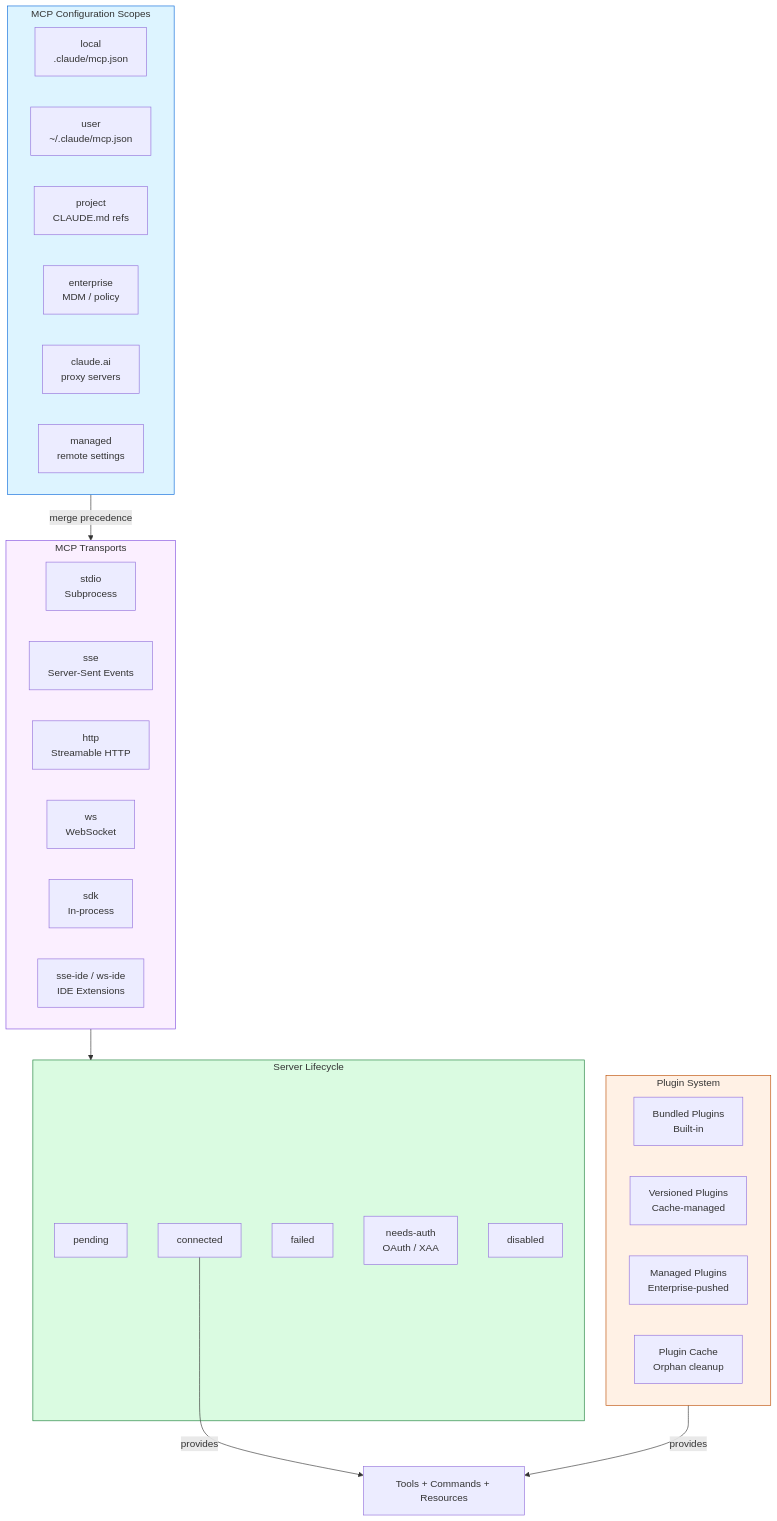
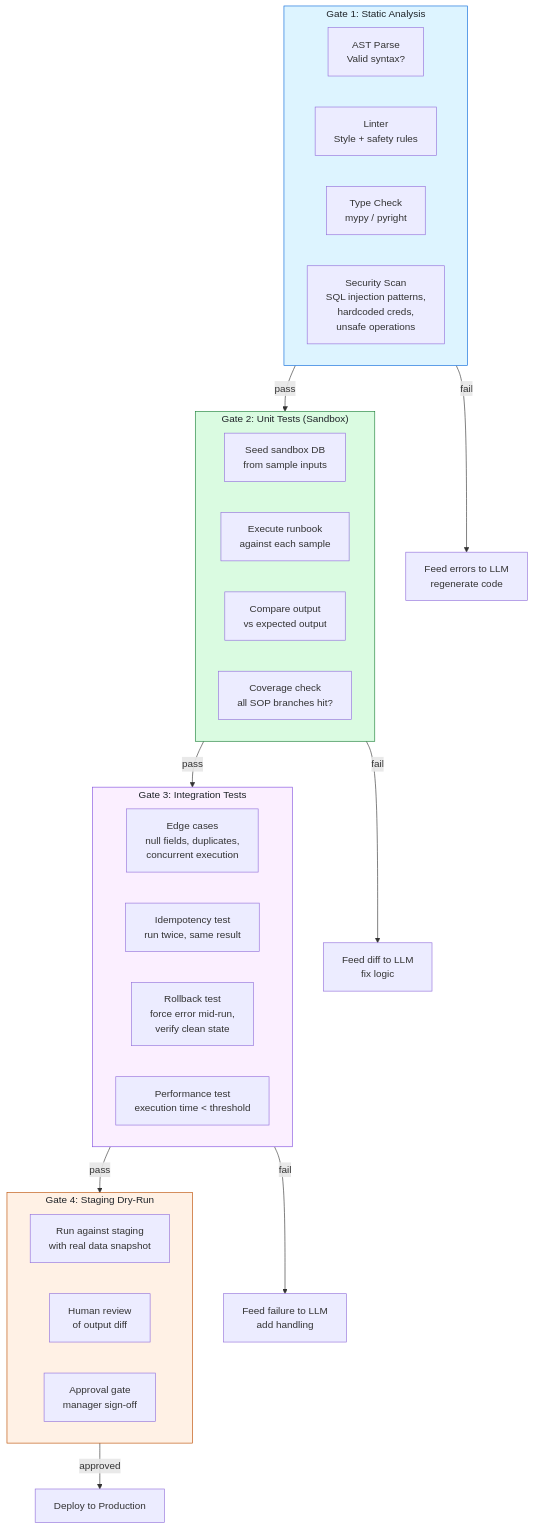
The sixth of 12 diagrams in README.md (KiZamaDo/KiZamaDo.github.io), drawn with Mermaid before and after one commit. The commit also changed other lines of this file, not shown here.

```diff
--- a/README.md
+++ b/README.md
@@ -505,46 +428,43 @@
   <div class="mermaid">
 graph TB
-    subgraph MCPConfig["MCP Configuration Scopes"]
-        LOCAL["local<br/>.claude/mcp.json"]
-        USER_CFG["user<br/>~/.claude/mcp.json"]
-        PROJECT["project<br/>CLAUDE.md refs"]
-        ENTERPRISE["enterprise<br/>MDM / policy"]
-        CLAUDEAI["claude.ai<br/>proxy servers"]
-        MANAGED["managed<br/>remote settings"]
+    subgraph Gate1["Gate 1: Static Analysis"]
+        AST["AST Parse<br/>Valid syntax?"]
+        LINT["Linter<br/>Style + safety rules"]
+        TYPE["Type Check<br/>mypy / pyright"]
+        SEC["Security Scan<br/>SQL injection patterns,<br/>hardcoded creds,<br/>unsafe operations"]
     end
 
-    subgraph MCPTransports["MCP Transports"]
-        STDIO["stdio<br/>Subprocess"]
-        SSE_MCP["sse<br/>Server-Sent Events"]
-        HTTP_MCP["http<br/>Streamable HTTP"]
-        WS_MCP["ws<br/>WebSocket"]
-        SDK_MCP["sdk<br/>In-process"]
-        IDE_MCP["sse-ide / ws-ide<br/>IDE Extensions"]
+    subgraph Gate2["Gate 2: Unit Tests (Sandbox)"]
+        SEED["Seed sandbox DB<br/>from sample inputs"]
+        EXEC["Execute runbook<br/>against each sample"]
+        COMPARE["Compare output<br/>vs expected output"]
+        COVERAGE["Coverage check<br/>all SOP branches hit?"]
     end
 
-    subgraph MCPLifecycle["Server Lifecycle"]
-        PENDING_S["pending"]
-        CONNECTED_S["connected"]
-        FAILED_S["failed"]
-        NEEDS_AUTH["needs-auth<br/>OAuth / XAA"]
-        DISABLED_S["disabled"]
+    subgraph Gate3["Gate 3: Integration Tests"]
+        EDGE["Edge cases<br/>null fields, duplicates,<br/>concurrent execution"]
+        IDEM["Idempotency test<br/>run twice, same result"]
+        ROLLBACK_T["Rollback test<br/>force error mid-run,<br/>verify clean state"]
+        PERF["Performance test<br/>execution time < threshold"]
     end
 
-    subgraph Plugins["Plugin System"]
-        BUNDLED["Bundled Plugins<br/>Built-in"]
-        VERSIONED["Versioned Plugins<br/>Cache-managed"]
-        MANAGED_P["Managed Plugins<br/>Enterprise-pushed"]
-        CACHE["Plugin Cache<br/>Orphan cleanup"]
+    subgraph Gate4["Gate 4: Staging Dry-Run"]
+        LIVE_DATA["Run against staging<br/>with real data snapshot"]
+        HUMAN["Human review<br/>of output diff"]
+        APPROVE["Approval gate<br/>manager sign-off"]
     end
 
-    MCPConfig -->|"merge precedence"| MCPTransports
-    MCPTransports --> MCPLifecycle
-    CONNECTED_S -->|"provides"| TOOLS_MCP["Tools + Commands + Resources"]
+    Gate1 -->|"pass"| Gate2
+    Gate2 -->|"pass"| Gate3
+    Gate3 -->|"pass"| Gate4
+    Gate4 -->|"approved"| DEPLOY["Deploy to Production"]
 
-    Plugins -->|"provides"| TOOLS_MCP
+    Gate1 -->|"fail"| FIX1["Feed errors to LLM<br/>regenerate code"]
+    Gate2 -->|"fail"| FIX2["Feed diff to LLM<br/>fix logic"]
+    Gate3 -->|"fail"| FIX3["Feed failure to LLM<br/>add handling"]
 
-    style MCPConfig fill:#ddf4ff,stroke:#0969da
-    style MCPTransports fill:#fbefff,stroke:#8250df
-    style MCPLifecycle fill:#dafbe1,stroke:#1a7f37
-    style Plugins fill:#fff1e5,stroke:#bc4c00
+    style Gate1 fill:#ddf4ff,stroke:#0969da,color:#1f2328
+    style Gate2 fill:#dafbe1,stroke:#1a7f37,color:#1f2328
+    style Gate3 fill:#fbefff,stroke:#8250df,color:#1f2328
+    style Gate4 fill:#fff1e5,stroke:#bc4c00,color:#1f2328
   </div>
```
